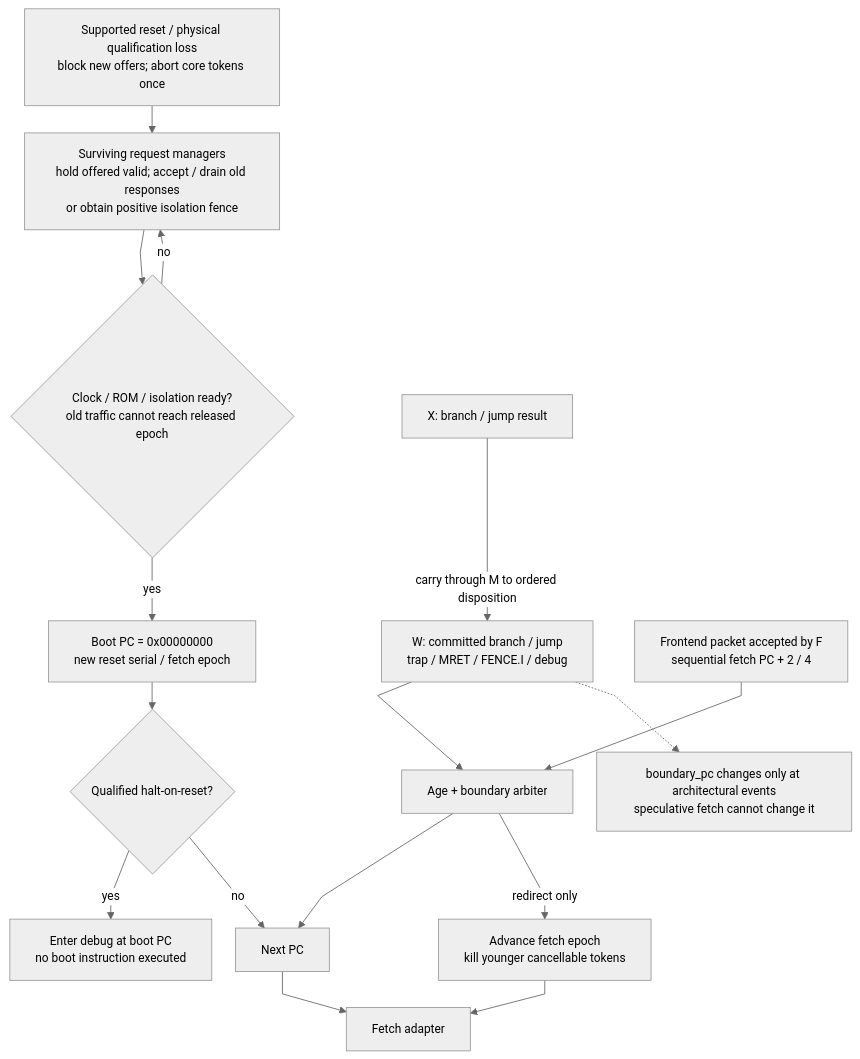
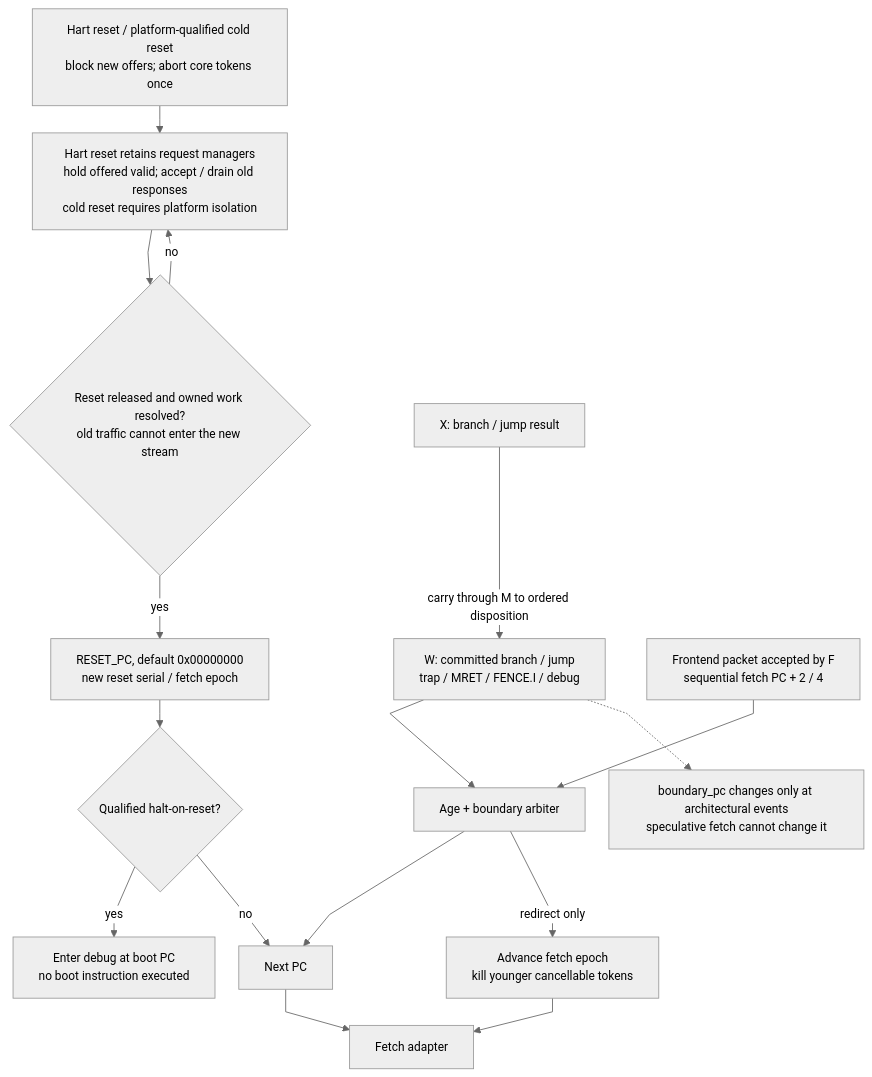
One commit to baolgn/microcontroller changed the fifth of 24 diagrams in microcontroller/rtl/README.md. Above: the diagram before and after it, drawn with Mermaid. The commit also changed other lines of this file and 31 other files, not shown here.

````diff
--- a/microcontroller/rtl/README.md
+++ b/microcontroller/rtl/README.md
@@ -123,19 +123,19 @@
 ```mermaid
 %%{init: {"theme":"neutral","themeVariables":{"fontFamily":"Arial,sans-serif","fontSize":"14px"},"flowchart":{"htmlLabels":true,"minNodeWidth":0,"wrappingWidth":240,"nodeSpacing":28,"rankSpacing":32,"curve":"linear"}}}%%
 flowchart TB
-    RESET["Supported reset / physical qualification loss<br/>block new offers; abort core tokens once"] --> OWN["Surviving request managers<br/>hold offered valid; accept / drain old responses<br/>or obtain positive isolation fence"]
-    OWN --> READY{"Clock / ROM / isolation ready?<br/>old traffic cannot reach released epoch"}
+    RESET["Hart reset / platform-qualified cold reset<br/>block new offers; abort core tokens once"] --> OWN["Hart reset retains request managers<br/>hold offered valid; accept / drain old responses<br/>cold reset requires platform isolation"]
+    OWN --> READY{"Reset released and owned work resolved?<br/>old traffic cannot enter the new stream"}
     READY -->|"no"| OWN
-    READY -->|"yes"| BOOT["Boot PC = 0x00000000<br/>new reset serial / fetch epoch"]
+    READY -->|"yes"| BOOT["RESET_PC, default 0x00000000<br/>new reset serial / fetch epoch"]
     W["W: committed branch / jump<br/>trap / MRET / FENCE.I / debug"] --> ARB["Age + boundary arbiter"]
     BR["X: branch / jump result"] -->|"carry through M to ordered disposition"| W
     SEQ["Frontend packet accepted by F<br/>sequential fetch PC + 2 / 4"] --> ARB
     ARB --> PC["Next PC"]
     BOOT --> HALT{"Qualified halt-on-reset?"}
     HALT -->|"yes"| DEBUG["Enter debug at boot PC<br/>no boot instruction executed"]
     HALT -->|"no"| PC
     ARB -->|"redirect only"| EPOCH["Advance fetch epoch<br/>kill younger cancellable tokens"]
     EPOCH --> F["Fetch adapter"]
     PC --> F
     W -.-> BOUND["boundary_pc changes only at architectural events<br/>speculative fetch cannot change it"]
 ```
````
